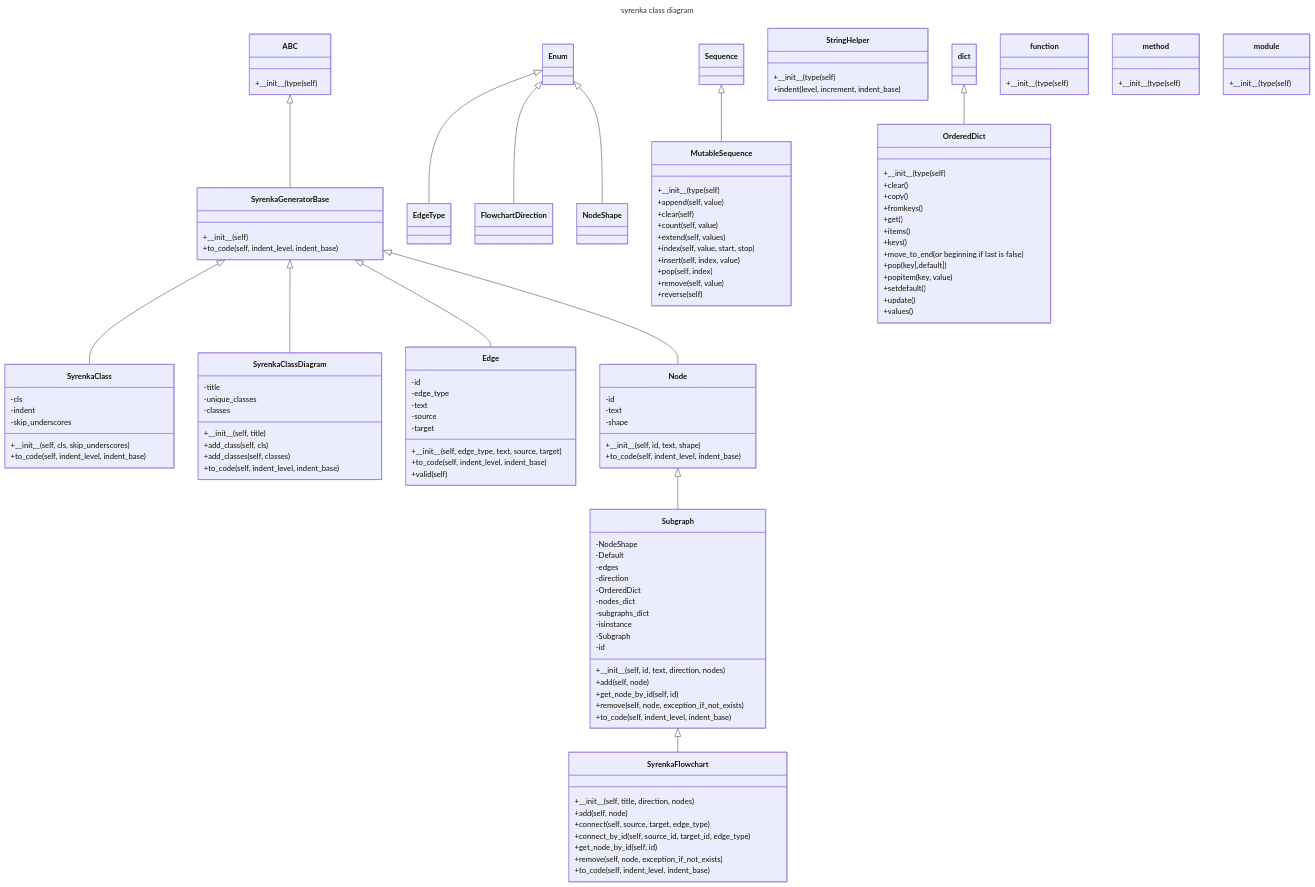
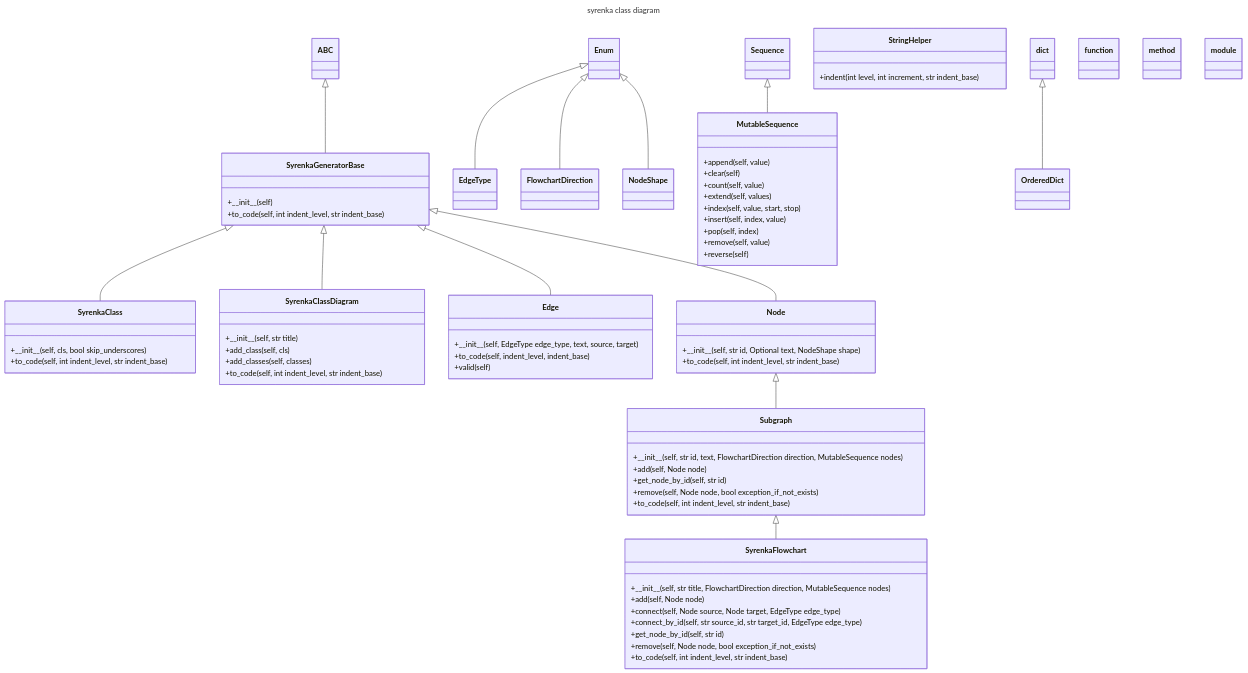
Before and after one commit to bartlomiejcieszkowski/syrenka: the diagram in README.md, drawn with Mermaid. The commit also changed other lines of this file and 2 other files, not shown here.

````diff
--- a/README.md
+++ b/README.md
@@ -20,40 +20,29 @@
 ---
 classDiagram
     class SyrenkaClass{
-        -cls
-        -indent
-        -skip_underscores
-        +\_\_init\_\_(self, cls, skip_underscores)
-        +to_code(self, indent_level, indent_base)
+        +\_\_init\_\_(self, cls, bool skip_underscores)
+        +to_code(self, int indent_level, str indent_base)
     }
     SyrenkaGeneratorBase <|-- SyrenkaClass
     class SyrenkaClassDiagram{
-        -title
-        -unique_classes
-        -classes
-        +\_\_init\_\_(self, title)
+        +\_\_init\_\_(self, str title)
         +add_class(self, cls)
         +add_classes(self, classes)
-        +to_code(self, indent_level, indent_base)
+        +to_code(self, int indent_level, str indent_base)
     }
     SyrenkaGeneratorBase <|-- SyrenkaClassDiagram
     class SyrenkaFlowchart{
-        +\_\_init\_\_(self, title, direction, nodes)
-        +add(self, node)
-        +connect(self, source, target, edge_type)
-        +connect_by_id(self, source_id, target_id, edge_type)
-        +get_node_by_id(self, id)
-        +remove(self, node, exception_if_not_exists)
-        +to_code(self, indent_level, indent_base)
+        +\_\_init\_\_(self, str title, FlowchartDirection direction, MutableSequence nodes)
+        +add(self, Node node)
+        +connect(self, Node source, Node target, EdgeType edge_type)
+        +connect_by_id(self, str source_id, str target_id, EdgeType edge_type)
+        +get_node_by_id(self, str id)
+        +remove(self, Node node, bool exception_if_not_exists)
+        +to_code(self, int indent_level, str indent_base)
     }
     Subgraph <|-- SyrenkaFlowchart
     class Edge{
-        -id
-        -edge_type
-        -text
-        -source
-        -target
-        +\_\_init\_\_(self, edge_type, text, source, target)
+        +\_\_init\_\_(self, EdgeType edge_type, text, source, target)
         +to_code(self, indent_level, indent_base)
         +valid(self)
     }
@@ -67,7 +56,6 @@
     }
     Enum <|-- FlowchartDirection
     class MutableSequence{
-        +\_\_init\_\_(type(self)
         +append(self, value)
         +clear(self)
         +count(self, value)
@@ -80,69 +68,38 @@
     }
     Sequence <|-- MutableSequence
     class Node{
-        -id
-        -text
-        -shape
-        +\_\_init\_\_(self, id, text, shape)
-        +to_code(self, indent_level, indent_base)
+        +\_\_init\_\_(self, str id, Optional text, NodeShape shape)
+        +to_code(self, int indent_level, str indent_base)
     }
     SyrenkaGeneratorBase <|-- Node
     class NodeShape{
     }
     Enum <|-- NodeShape
     class OrderedDict{
-        +\_\_init\_\_(type(self)
-        +clear()
-        +copy()
-        +fromkeys()
-        +get()
-        +items()
-        +keys()
-        +move_to_end(or beginning if last is false)
-        +pop(key[,default])
-        +popitem(key, value)
-        +setdefault()
-        +update()
-        +values()
     }
     dict <|-- OrderedDict
     class StringHelper{
-        +\_\_init\_\_(type(self)
-        +indent(level, increment, indent_base)
+        +indent(int level, int increment, str indent_base)
     }
     class Subgraph{
-        -NodeShape
-        -Default
-        -edges
-        -direction
-        -OrderedDict
-        -nodes_dict
-        -subgraphs_dict
-        -isinstance
-        -Subgraph
-        -id
-        +\_\_init\_\_(self, id, text, direction, nodes)
-        +add(self, node)
-        +get_node_by_id(self, id)
-        +remove(self, node, exception_if_not_exists)
-        +to_code(self, indent_level, indent_base)
+        +\_\_init\_\_(self, str id, text, FlowchartDirection direction, MutableSequence nodes)
+        +add(self, Node node)
+        +get_node_by_id(self, str id)
+        +remove(self, Node node, bool exception_if_not_exists)
+        +to_code(self, int indent_level, str indent_base)
     }
     Node <|-- Subgraph
     class SyrenkaGeneratorBase{
         +\_\_init\_\_(self)
-        +to_code(self, indent_level, indent_base)
+        +to_code(self, int indent_level, str indent_base)
     }
     ABC <|-- SyrenkaGeneratorBase
     class ABC{
-        +\_\_init\_\_(type(self)
     }
     class function{
-        +\_\_init\_\_(type(self)
     }
     class method{
-        +\_\_init\_\_(type(self)
     }
     class module{
-        +\_\_init\_\_(type(self)
     }
 ```
````
